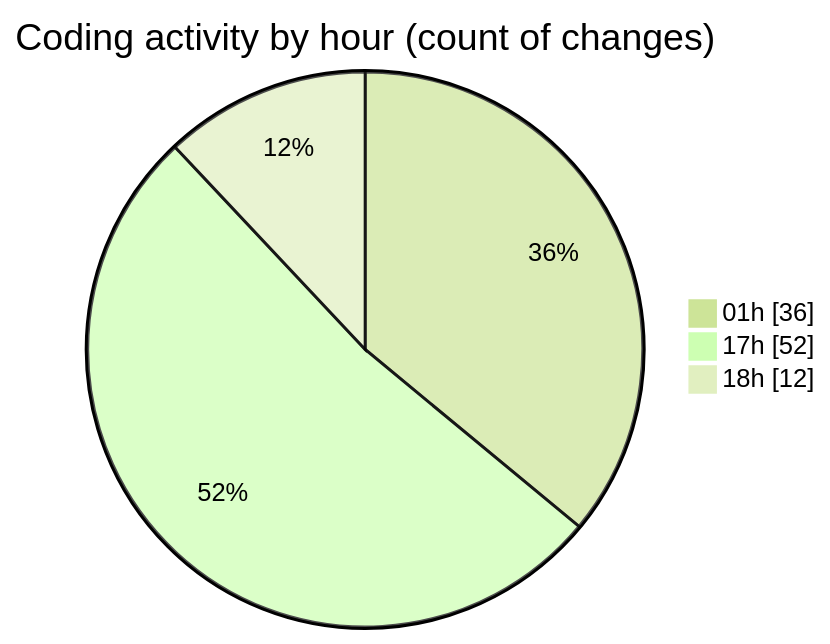
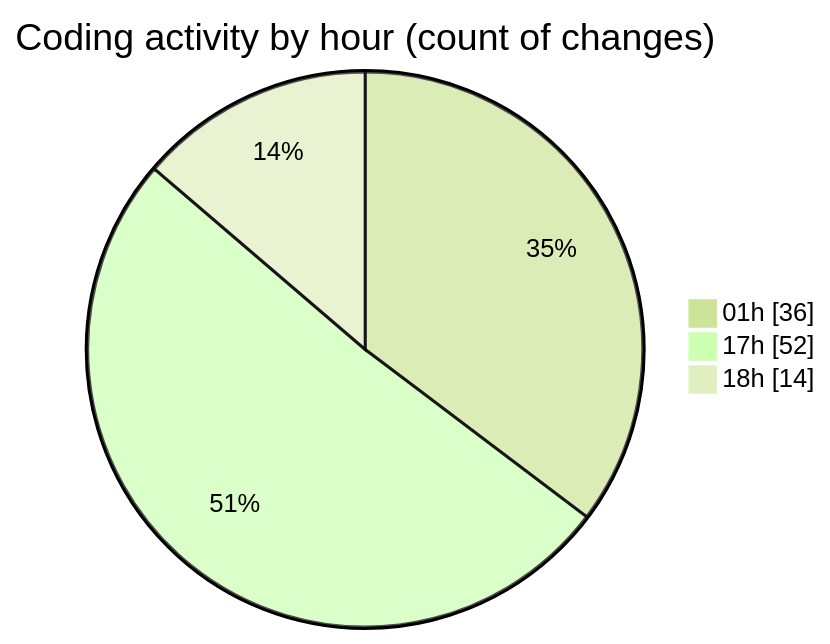
The second of 2 diagrams in 2025-07-29/appproject/README.md (lephambinh05/code-tracking), drawn with Mermaid (forest theme) before and after one commit. The commit also changed other lines of this file and 1 other file, not shown here.

````diff
--- a/2025-07-29/appproject/README.md
+++ b/2025-07-29/appproject/README.md
@@ -75,7 +76,7 @@
 ```mermaid
 pie showData
 title Coding activity by hour (count of changes)
 "01h" : 36
 "17h" : 52
-"18h" : 12
+"18h" : 14
 ```
````
